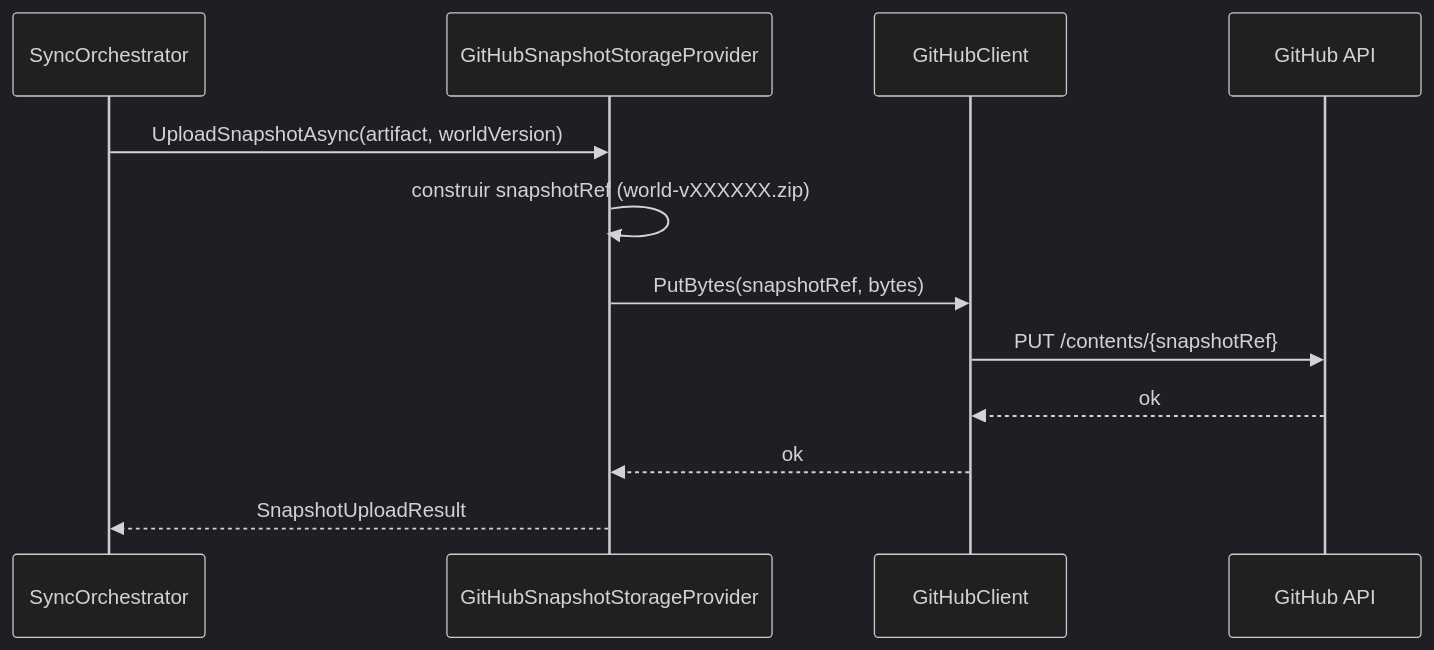
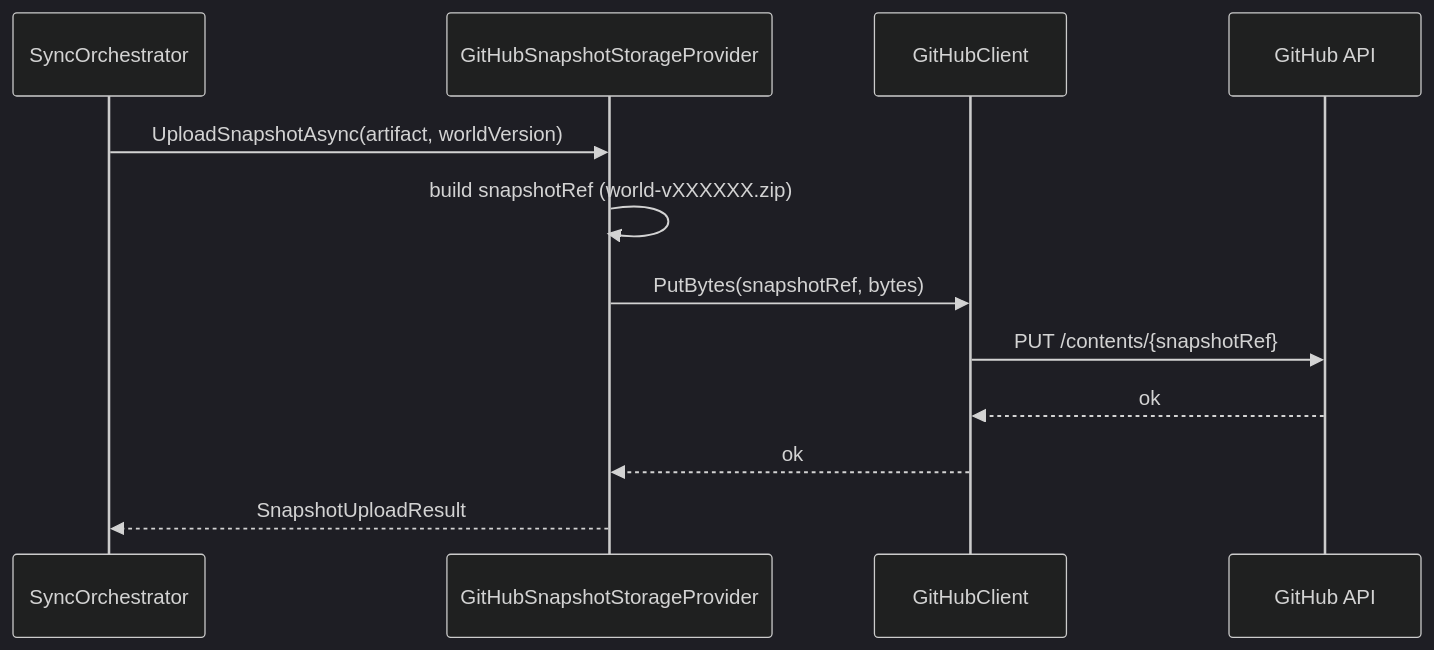
The first of 2 diagrams in src/Storage/README.md (fnandoth/mcsync), drawn with Mermaid (dark theme) before and after one commit. The commit also changed other lines of this file and 14 other files, not shown here.

````diff
--- a/src/Storage/README.md
+++ b/src/Storage/README.md
@@ -12,15 +14,15 @@
 ```mermaid
 sequenceDiagram
     participant O as SyncOrchestrator
     participant P as GitHubSnapshotStorageProvider
     participant C as GitHubClient
     participant GH as GitHub API
 
     O->>P: UploadSnapshotAsync(artifact, worldVersion)
-    P->>P: construir snapshotRef (world-vXXXXXX.zip)
+    P->>P: build snapshotRef (world-vXXXXXX.zip)
     P->>C: PutBytes(snapshotRef, bytes)
     C->>GH: PUT /contents/{snapshotRef}
     GH-->>C: ok
     C-->>P: ok
     P-->>O: SnapshotUploadResult
 ```
````
